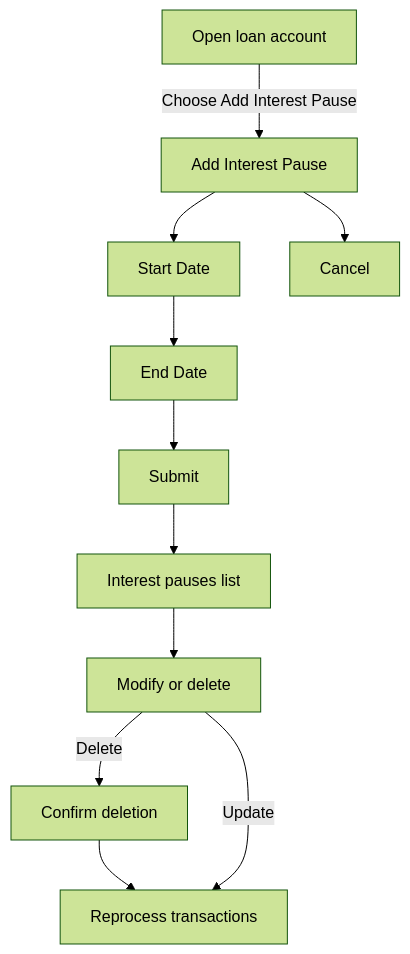
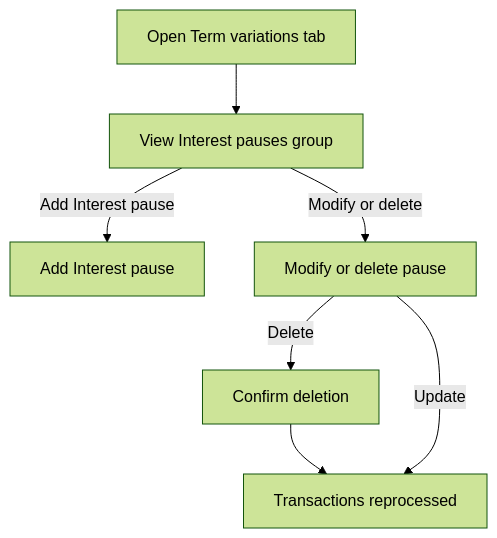
The second of 2 diagrams in docs/gitbook/user/interest/accruals.md (Mohit-Davar/pepper-soup), drawn with Mermaid (forest theme) before and after one commit. The commit also changed other lines of this file and 1071 other files, not shown here.

````diff
--- a/docs/gitbook/user/interest/accruals.md
+++ b/docs/gitbook/user/interest/accruals.md
@@ -309,23 +262,15 @@
 ```mermaid
 flowchart TD
-  n1["Open loan account"]
-  n2["Add Interest Pause"]
-  n3["Start Date"]
-  n4["End Date"]
-  n5["Submit"]
-  n6["Cancel"]
-  n7["Interest pauses list"]
-  n8["Modify or delete"]
-  n9["Confirm deletion"]
-  n10["Reprocess transactions"]
-  n1 -->|"Choose Add Interest Pause"| n2
-  n2 --> n3
-  n3 --> n4
-  n4 --> n5
-  n5 --> n7
-  n2 --> n6
-  n7 --> n8
-  n8 -->|"Delete"| n9
-  n9 --> n10
-  n8 -->|"Update"| n10
+  n1["Open Term variations tab"]
+  n2["View Interest pauses group"]
+  n3["Add Interest pause"]
+  n4["Modify or delete pause"]
+  n5["Confirm deletion"]
+  n6["Transactions reprocessed"]
+  n1 --> n2
+  n2 -->|"Add Interest pause"| n3
+  n2 -->|"Modify or delete"| n4
+  n4 -->|"Delete"| n5
+  n5 --> n6
+  n4 -->|"Update"| n6
 ```
````
